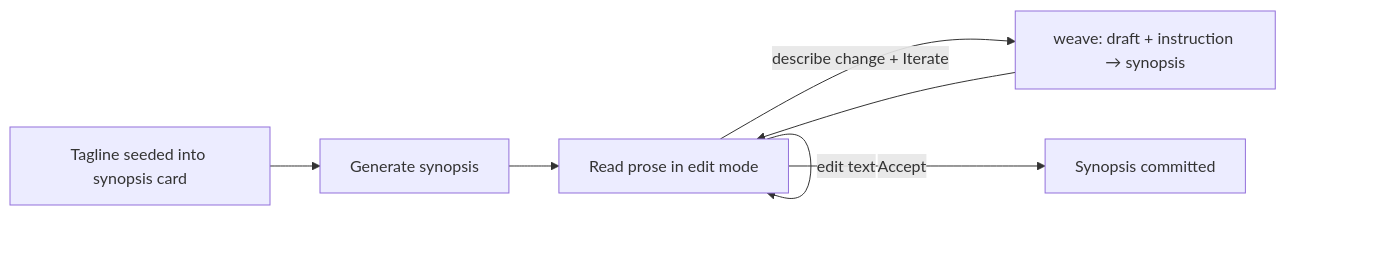
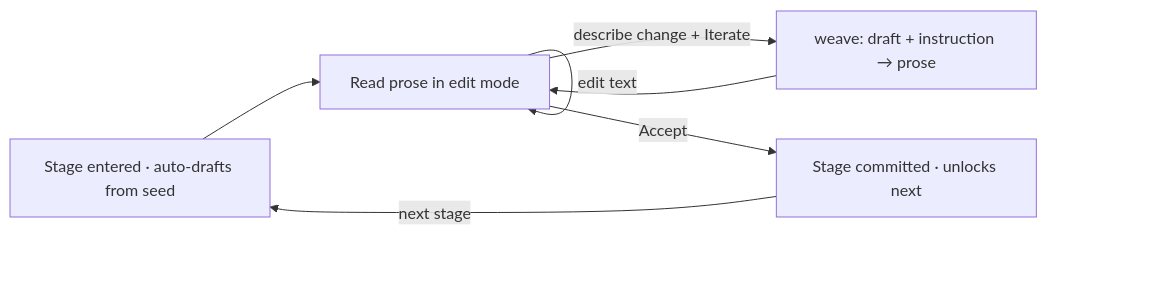
Before and after one commit to sheikkinen/yamlgraph: the first of 2 diagrams in examples/dungeon_master/README.md, drawn with Mermaid. The commit also changed other lines of this file and 15 other files, not shown here.

````diff
--- a/examples/dungeon_master/README.md
+++ b/examples/dungeon_master/README.md
@@ -98,9 +116,9 @@
 ```mermaid
 flowchart LR
-    A[Tagline seeded into synopsis card] --> B[Generate synopsis]
-    B --> C[Read prose in edit mode]
+    A[Stage entered · auto-drafts from seed] --> C[Read prose in edit mode]
     C -->|edit text| C
-    C -->|describe change + Iterate| D[weave: draft + instruction → synopsis]
+    C -->|describe change + Iterate| D[weave: draft + instruction → prose]
     D --> C
-    C -->|Accept| E[Synopsis committed]
+    C -->|Accept| E[Stage committed · unlocks next]
+    E -->|next stage| A
 ```
````
